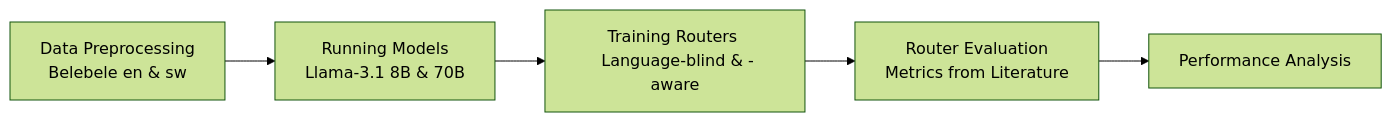
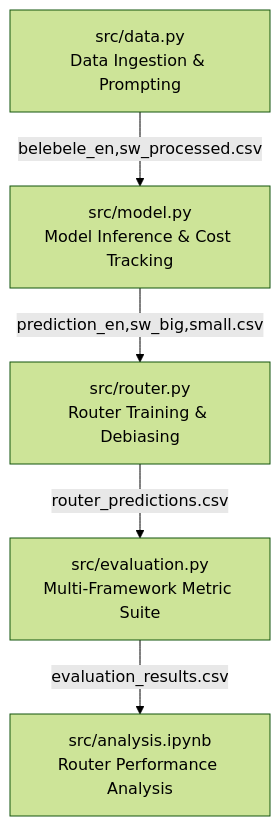
The diagram in README.md (Essentials-HS26-UZH/Lost-in-Routing), drawn with Mermaid (forest theme) before and after one commit. The commit also changed other lines of this file and 2 other files, not shown here.

Commit message:
doc(readme): Complete metrics in doc and rewrite ReadMe

````diff
--- a/README.md
+++ b/README.md
@@ -61,8 +63,8 @@
 ```mermaid
-flowchart LR
-    B[Data Preprocessing <br/> Belebele en & sw]
-    B --> C[Running Models <br/> Llama-3.1 8B & 70B]
-    C --> D[Training Routers <br/> Language-blind & -aware]
-    D --> E[Router Evaluation <br/> Metrics from Literature]
-    E --> F[Performance Analysis]
+flowchart TD
+    A["src/data.py<br/>Data Ingestion & Prompting"] -->|belebele_en,sw_processed.csv| B["src/model.py<br/>Model Inference & Cost Tracking"]
+    B -->|prediction_en,sw_big,small.csv| C["src/router.py<br/>Router Training & Debiasing"]
+    C -->|router_predictions.csv| D["src/evaluation.py<br/>Multi-Framework Metric Suite"]
+    D -->|evaluation_results.csv| E["src/analysis.ipynb<br/>Router Performance Analysis"]
+
 ```
````
